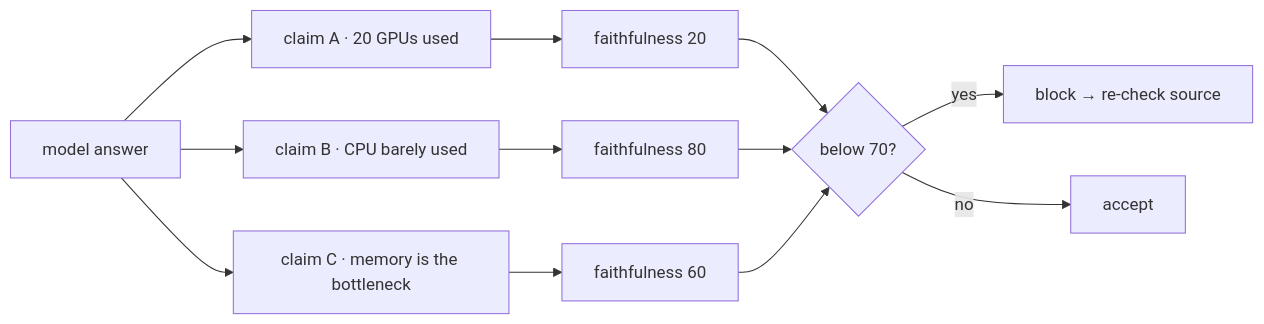
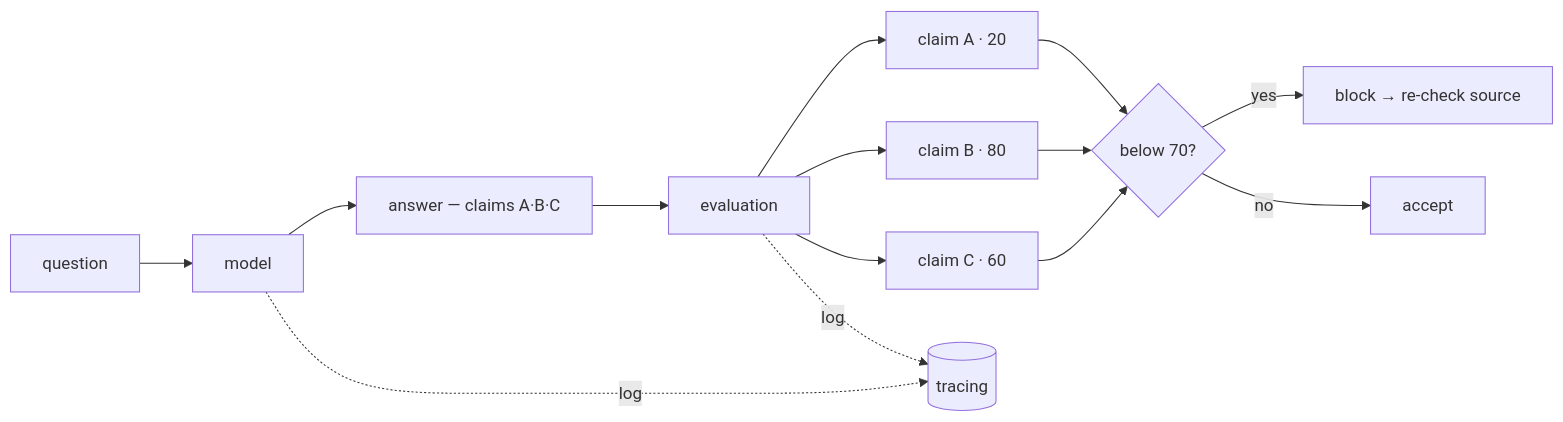
Before and after one commit to CodeCompose7/awesome-ai-stack: the third of 7 diagrams in src/content/concepts/en/harness-engineering.mdx, drawn with Mermaid. The commit also changed other lines of this file and 1 other file, not shown here.

Commit message:
content(concepts): show model→evaluation→tracing in the scoring diagram
The factual-claim diagram now names the actors: a question goes to the
model, the model answers, evaluation scores each claim against the
source, and the gate filters by threshold — while model and evaluation
both log to a tracing store. Prose now explains tracing too. en/ko.

````diff
--- a/src/content/concepts/en/harness-engineering.mdx
+++ b/src/content/concepts/en/harness-engineering.mdx
@@ -93,14 +93,16 @@
 ```mermaid
 flowchart LR
-  ans["model answer"] --> a["claim A · 20 GPUs used"]
-  ans --> b["claim B · CPU barely used"]
-  ans --> c["claim C · memory is the bottleneck"]
-  a --> sa["faithfulness 20"]
-  b --> sb["faithfulness 80"]
-  c --> sc["faithfulness 60"]
+  q["question"] --> model["model"]
+  model --> ans["answer — claims A·B·C"]
+  ans --> eval["evaluation"]
+  eval --> sa["claim A · 20"]
+  eval --> sb["claim B · 80"]
+  eval --> sc["claim C · 60"]
   sa --> gate{"below 70?"}
   sb --> gate
   sc --> gate
   gate -- yes --> block["block → re-check source"]
   gate -- no --> ok["accept"]
+  model -.log.-> trace[("tracing")]
+  eval -.log.-> trace
 ```
````
